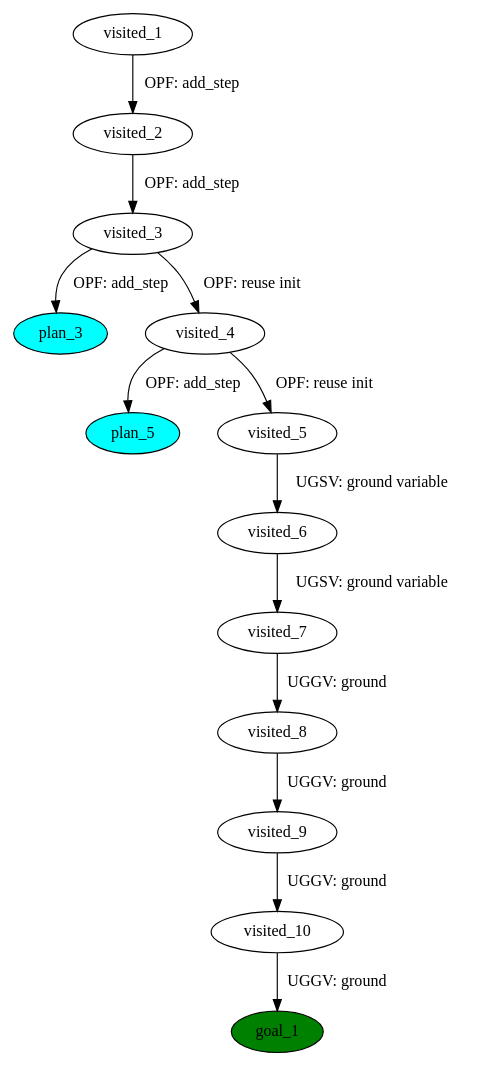
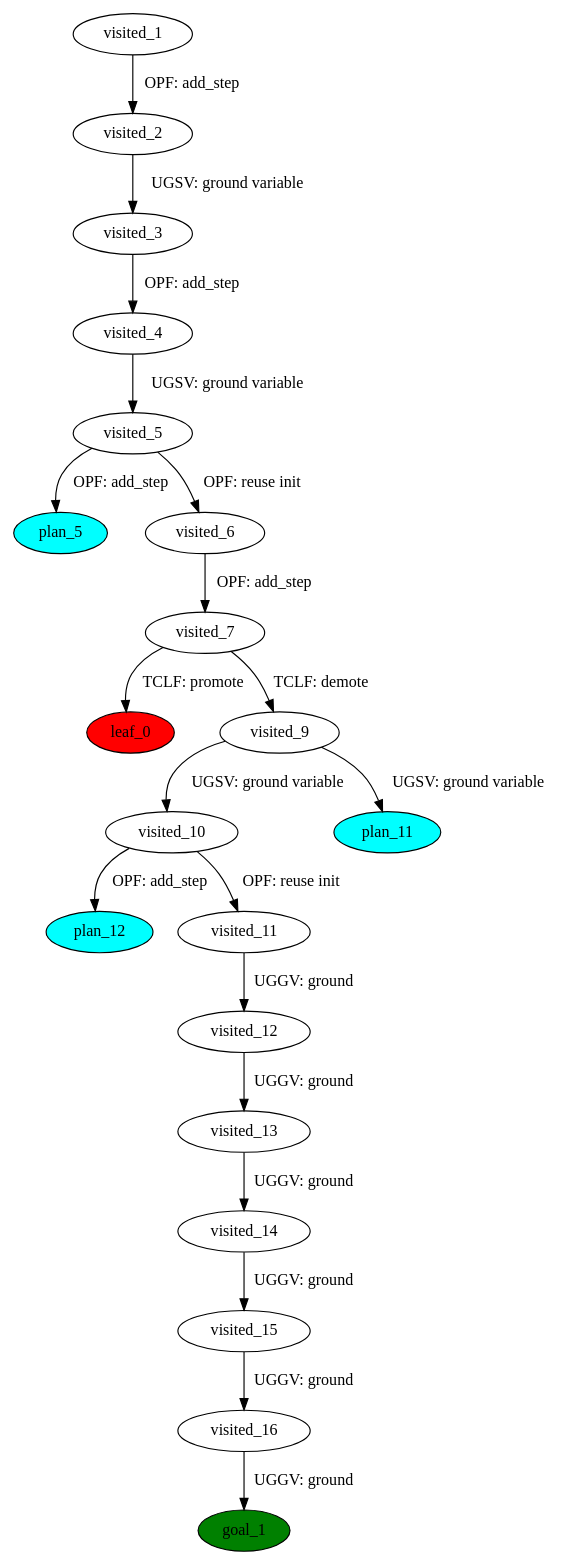
One commit to PetervDooren/PyDPOCL changed the diagram in plans/manipulation-domain/test_6_problem-plangraph.dot. Above: the diagram before and after it, drawn with Graphviz. The commit also changed 799 other files, not shown here.

```diff
--- a/plans/manipulation-domain/test_6_problem-plangraph.dot
+++ b/plans/manipulation-domain/test_6_problem-plangraph.dot
@@ -1,39 +1,60 @@
 digraph {
-	"fe2b561a-88cb-7f41-ce80-7c662cfbcebe" [label=plan_0 fillcolor=cyan style=filled]
-	"fe2b561a-88cb-7f41-ce80-7c662cfbcebe" [label=visited_1 fillcolor=white style=filled]
-	"80d0d260-ab2c-1816-3b2c-0a8bd00f77da" [label=plan_1 fillcolor=cyan style=filled]
-	"fe2b561a-88cb-7f41-ce80-7c662cfbcebe" -> "80d0d260-ab2c-1816-3b2c-0a8bd00f77da" [label="OPF: add_step"]
-	"80d0d260-ab2c-1816-3b2c-0a8bd00f77da" [label=visited_2 fillcolor=white style=filled]
-	"ddd59242-5d4d-bb98-a7e8-577673bbec9c" [label=plan_2 fillcolor=cyan style=filled]
-	"80d0d260-ab2c-1816-3b2c-0a8bd00f77da" -> "ddd59242-5d4d-bb98-a7e8-577673bbec9c" [label="OPF: add_step"]
-	"ddd59242-5d4d-bb98-a7e8-577673bbec9c" [label=visited_3 fillcolor=white style=filled]
-	"dcf8cfff-4e4a-a9dc-4c0d-d91b0c6f0834" [label=plan_3 fillcolor=cyan style=filled]
-	"ddd59242-5d4d-bb98-a7e8-577673bbec9c" -> "dcf8cfff-4e4a-a9dc-4c0d-d91b0c6f0834" [label="OPF: add_step"]
-	"8b9ba1ab-51e4-a8ba-6dad-2234b864cdd6" [label=plan_4 fillcolor=cyan style=filled]
-	"ddd59242-5d4d-bb98-a7e8-577673bbec9c" -> "8b9ba1ab-51e4-a8ba-6dad-2234b864cdd6" [label="OPF: reuse init"]
-	"8b9ba1ab-51e4-a8ba-6dad-2234b864cdd6" [label=visited_4 fillcolor=white style=filled]
-	"9a2a4109-793e-bc22-f671-413d82bf4c7d" [label=plan_5 fillcolor=cyan style=filled]
-	"8b9ba1ab-51e4-a8ba-6dad-2234b864cdd6" -> "9a2a4109-793e-bc22-f671-413d82bf4c7d" [label="OPF: add_step"]
-	"d0fcb23f-c3fa-854b-0d37-1736d2111896" [label=plan_6 fillcolor=cyan style=filled]
-	"8b9ba1ab-51e4-a8ba-6dad-2234b864cdd6" -> "d0fcb23f-c3fa-854b-0d37-1736d2111896" [label="OPF: reuse init"]
-	"d0fcb23f-c3fa-854b-0d37-1736d2111896" [label=visited_5 fillcolor=white style=filled]
-	"1cb5436b-10f4-0aea-4796-8ac91661d1ce" [label=plan_7 fillcolor=cyan style=filled]
-	"d0fcb23f-c3fa-854b-0d37-1736d2111896" -> "1cb5436b-10f4-0aea-4796-8ac91661d1ce" [label="UGSV: ground variable"]
-	"1cb5436b-10f4-0aea-4796-8ac91661d1ce" [label=visited_6 fillcolor=white style=filled]
-	"b17588f1-6e72-086e-0e75-5738a1ac812f" [label=plan_8 fillcolor=cyan style=filled]
-	"1cb5436b-10f4-0aea-4796-8ac91661d1ce" -> "b17588f1-6e72-086e-0e75-5738a1ac812f" [label="UGSV: ground variable"]
-	"b17588f1-6e72-086e-0e75-5738a1ac812f" [label=visited_7 fillcolor=white style=filled]
-	"ba250149-b630-65a7-edc9-5d562ac99b5b" [label=plan_9 fillcolor=cyan style=filled]
-	"b17588f1-6e72-086e-0e75-5738a1ac812f" -> "ba250149-b630-65a7-edc9-5d562ac99b5b" [label="UGGV: ground"]
-	"ba250149-b630-65a7-edc9-5d562ac99b5b" [label=visited_8 fillcolor=white style=filled]
-	"70e87f11-9e80-cb91-794b-0d6514b2b93e" [label=plan_10 fillcolor=cyan style=filled]
-	"ba250149-b630-65a7-edc9-5d562ac99b5b" -> "70e87f11-9e80-cb91-794b-0d6514b2b93e" [label="UGGV: ground"]
-	"70e87f11-9e80-cb91-794b-0d6514b2b93e" [label=visited_9 fillcolor=white style=filled]
-	"d57a17f4-45f9-9cfd-6b69-d28fe5d2c9b6" [label=plan_11 fillcolor=cyan style=filled]
-	"70e87f11-9e80-cb91-794b-0d6514b2b93e" -> "d57a17f4-45f9-9cfd-6b69-d28fe5d2c9b6" [label="UGGV: ground"]
-	"d57a17f4-45f9-9cfd-6b69-d28fe5d2c9b6" [label=visited_10 fillcolor=white style=filled]
-	"7ff384e7-6638-bfca-a4d0-883befc0210f" [label=plan_12 fillcolor=cyan style=filled]
-	"d57a17f4-45f9-9cfd-6b69-d28fe5d2c9b6" -> "7ff384e7-6638-bfca-a4d0-883befc0210f" [label="UGGV: ground"]
-	"7ff384e7-6638-bfca-a4d0-883befc0210f" [label=visited_11 fillcolor=white style=filled]
-	"7ff384e7-6638-bfca-a4d0-883befc0210f" [label=goal_1 fillcolor=green style=filled]
+	"f443318f-021a-092e-1103-afa26fa2e51f" [label=plan_0 fillcolor=cyan style=filled]
+	"f443318f-021a-092e-1103-afa26fa2e51f" [label=visited_1 fillcolor=white style=filled]
+	"9be07726-b059-8795-5e5b-2f171e1d952d" [label=plan_1 fillcolor=cyan style=filled]
+	"f443318f-021a-092e-1103-afa26fa2e51f" -> "9be07726-b059-8795-5e5b-2f171e1d952d" [label="OPF: add_step"]
+	"9be07726-b059-8795-5e5b-2f171e1d952d" [label=visited_2 fillcolor=white style=filled]
+	"1221dc8b-5823-a379-023e-8152ab538960" [label=plan_2 fillcolor=cyan style=filled]
+	"9be07726-b059-8795-5e5b-2f171e1d952d" -> "1221dc8b-5823-a379-023e-8152ab538960" [label="UGSV: ground variable"]
+	"1221dc8b-5823-a379-023e-8152ab538960" [label=visited_3 fillcolor=white style=filled]
+	"812f2e5f-f413-38d5-5258-b9f7e7898c22" [label=plan_3 fillcolor=cyan style=filled]
+	"1221dc8b-5823-a379-023e-8152ab538960" -> "812f2e5f-f413-38d5-5258-b9f7e7898c22" [label="OPF: add_step"]
+	"812f2e5f-f413-38d5-5258-b9f7e7898c22" [label=visited_4 fillcolor=white style=filled]
+	"2d82d765-87b6-1de9-b3c6-7a0b2c957f46" [label=plan_4 fillcolor=cyan style=filled]
+	"812f2e5f-f413-38d5-5258-b9f7e7898c22" -> "2d82d765-87b6-1de9-b3c6-7a0b2c957f46" [label="UGSV: ground variable"]
+	"2d82d765-87b6-1de9-b3c6-7a0b2c957f46" [label=visited_5 fillcolor=white style=filled]
+	"60ff02be-8c5e-1692-09ee-3115894fc208" [label=plan_5 fillcolor=cyan style=filled]
+	"2d82d765-87b6-1de9-b3c6-7a0b2c957f46" -> "60ff02be-8c5e-1692-09ee-3115894fc208" [label="OPF: add_step"]
+	"61f5ca10-e0f3-e0b8-45e6-79f3439275f5" [label=plan_6 fillcolor=cyan style=filled]
+	"2d82d765-87b6-1de9-b3c6-7a0b2c957f46" -> "61f5ca10-e0f3-e0b8-45e6-79f3439275f5" [label="OPF: reuse init"]
+	"61f5ca10-e0f3-e0b8-45e6-79f3439275f5" [label=visited_6 fillcolor=white style=filled]
+	"94edfb23-8b34-1071-7de4-eda89cb9cf05" [label=plan_7 fillcolor=cyan style=filled]
+	"61f5ca10-e0f3-e0b8-45e6-79f3439275f5" -> "94edfb23-8b34-1071-7de4-eda89cb9cf05" [label="OPF: add_step"]
+	"94edfb23-8b34-1071-7de4-eda89cb9cf05" [label=visited_7 fillcolor=white style=filled]
+	"cbb086d5-8eb8-9340-bed9-4d7ea970dc0b" [label=plan_8 fillcolor=cyan style=filled]
+	"94edfb23-8b34-1071-7de4-eda89cb9cf05" -> "cbb086d5-8eb8-9340-bed9-4d7ea970dc0b" [label="TCLF: promote"]
+	"e5f175b7-907a-ab93-f48a-39d013a666dd" [label=plan_9 fillcolor=cyan style=filled]
+	"94edfb23-8b34-1071-7de4-eda89cb9cf05" -> "e5f175b7-907a-ab93-f48a-39d013a666dd" [label="TCLF: demote"]
+	"cbb086d5-8eb8-9340-bed9-4d7ea970dc0b" [label=visited_8 fillcolor=white style=filled]
+	"cbb086d5-8eb8-9340-bed9-4d7ea970dc0b" [label=leaf_0 fillcolor=red style=filled]
+	"e5f175b7-907a-ab93-f48a-39d013a666dd" [label=visited_9 fillcolor=white style=filled]
+	"111a0a9f-8b50-46c4-240d-17c7f110c485" [label=plan_10 fillcolor=cyan style=filled]
+	"e5f175b7-907a-ab93-f48a-39d013a666dd" -> "111a0a9f-8b50-46c4-240d-17c7f110c485" [label="UGSV: ground variable"]
+	"dca9cc51-731b-1227-8193-e92c00d119e5" [label=plan_11 fillcolor=cyan style=filled]
+	"e5f175b7-907a-ab93-f48a-39d013a666dd" -> "dca9cc51-731b-1227-8193-e92c00d119e5" [label="UGSV: ground variable"]
+	"111a0a9f-8b50-46c4-240d-17c7f110c485" [label=visited_10 fillcolor=white style=filled]
+	"65983ae6-a1e5-b3a5-7ced-f2b81b743654" [label=plan_12 fillcolor=cyan style=filled]
+	"111a0a9f-8b50-46c4-240d-17c7f110c485" -> "65983ae6-a1e5-b3a5-7ced-f2b81b743654" [label="OPF: add_step"]
+	"3e08bd0d-6520-3992-3bdb-3804a8ac3773" [label=plan_13 fillcolor=cyan style=filled]
+	"111a0a9f-8b50-46c4-240d-17c7f110c485" -> "3e08bd0d-6520-3992-3bdb-3804a8ac3773" [label="OPF: reuse init"]
+	"3e08bd0d-6520-3992-3bdb-3804a8ac3773" [label=visited_11 fillcolor=white style=filled]
+	"71da5439-7e18-1ed0-acdb-2a8314652329" [label=plan_14 fillcolor=cyan style=filled]
+	"3e08bd0d-6520-3992-3bdb-3804a8ac3773" -> "71da5439-7e18-1ed0-acdb-2a8314652329" [label="UGGV: ground"]
+	"71da5439-7e18-1ed0-acdb-2a8314652329" [label=visited_12 fillcolor=white style=filled]
+	"d2955e4e-e886-b7e0-2e3a-68c06ebf788b" [label=plan_15 fillcolor=cyan style=filled]
+	"71da5439-7e18-1ed0-acdb-2a8314652329" -> "d2955e4e-e886-b7e0-2e3a-68c06ebf788b" [label="UGGV: ground"]
+	"d2955e4e-e886-b7e0-2e3a-68c06ebf788b" [label=visited_13 fillcolor=white style=filled]
+	"ebf0a778-189e-3958-0142-6d57633e19a0" [label=plan_16 fillcolor=cyan style=filled]
+	"d2955e4e-e886-b7e0-2e3a-68c06ebf788b" -> "ebf0a778-189e-3958-0142-6d57633e19a0" [label="UGGV: ground"]
+	"ebf0a778-189e-3958-0142-6d57633e19a0" [label=visited_14 fillcolor=white style=filled]
+	"caf5b39b-5c0b-1422-3af5-c285854d026b" [label=plan_17 fillcolor=cyan style=filled]
+	"ebf0a778-189e-3958-0142-6d57633e19a0" -> "caf5b39b-5c0b-1422-3af5-c285854d026b" [label="UGGV: ground"]
+	"caf5b39b-5c0b-1422-3af5-c285854d026b" [label=visited_15 fillcolor=white style=filled]
+	"8f92fba3-cf08-cc0c-f6d9-8a3f79d4672d" [label=plan_18 fillcolor=cyan style=filled]
+	"caf5b39b-5c0b-1422-3af5-c285854d026b" -> "8f92fba3-cf08-cc0c-f6d9-8a3f79d4672d" [label="UGGV: ground"]
+	"8f92fba3-cf08-cc0c-f6d9-8a3f79d4672d" [label=visited_16 fillcolor=white style=filled]
+	"c5b88b7d-1fce-5fd2-f59d-2bd746a014aa" [label=plan_19 fillcolor=cyan style=filled]
+	"8f92fba3-cf08-cc0c-f6d9-8a3f79d4672d" -> "c5b88b7d-1fce-5fd2-f59d-2bd746a014aa" [label="UGGV: ground"]
+	"c5b88b7d-1fce-5fd2-f59d-2bd746a014aa" [label=visited_17 fillcolor=white style=filled]
+	"c5b88b7d-1fce-5fd2-f59d-2bd746a014aa" [label=goal_1 fillcolor=green style=filled]
 }
```
